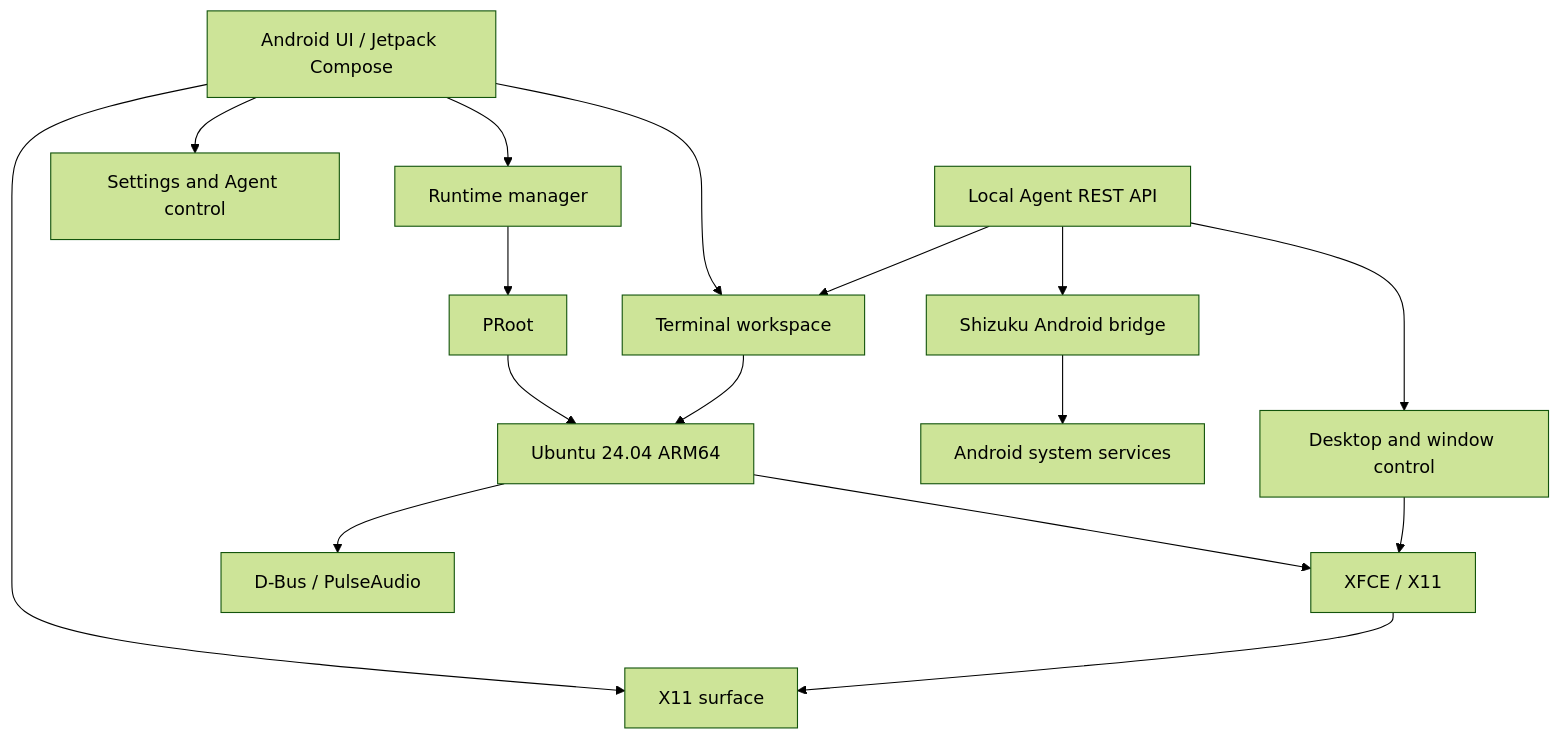
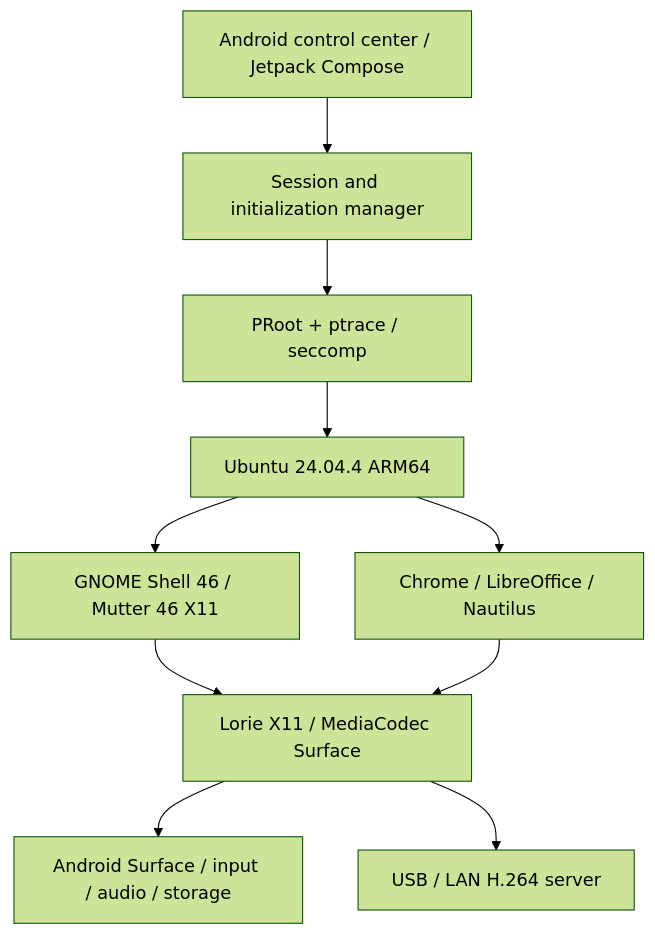
Before and after one commit to xishanp/Linuxhub: the second of 2 diagrams in ARCHITECTURE.md, drawn with Mermaid (forest theme). The commit also changed other lines of this file and 9 other files, not shown here.

````diff
--- a/ARCHITECTURE.md
+++ b/ARCHITECTURE.md
@@ -171,21 +175,22 @@
 ```mermaid
 flowchart TB
-    UI[Android UI / Jetpack Compose] --> Terminal[Terminal workspace]
-    UI --> Surface[X11 surface]
-    UI --> Runtime[Runtime manager]
-    UI --> Settings[Settings and Agent control]
+    UI[Android control center / Jetpack Compose]
+    Runtime[Session and initialization manager]
+    PRoot[PRoot + ptrace / seccomp]
+    Ubuntu[Ubuntu 24.04.4 ARM64]
+    GNOME[GNOME Shell 46 / Mutter 46 X11]
+    Apps[Chrome / LibreOffice / Nautilus]
+    Lorie[Lorie X11 / MediaCodec Surface]
+    Remote[USB / LAN H.264 server]
+    Android[Android Surface / input / audio / storage]
 
-    Runtime --> PRoot[PRoot]
-    PRoot --> Ubuntu[Ubuntu 24.04 ARM64]
-    Ubuntu --> XFCE[XFCE / X11]
-    Ubuntu --> Services[D-Bus / PulseAudio]
-
-    XFCE --> Surface
-    Terminal --> Ubuntu
-
-    Agent[Local Agent REST API] --> Terminal
-    Agent --> Desktop[Desktop and window control]
-    Agent --> AndroidBridge[Shizuku Android bridge]
-    Desktop --> XFCE
-    AndroidBridge --> Android[Android system services]
+    UI --> Runtime
+    Runtime --> PRoot
+    PRoot --> Ubuntu
+    Ubuntu --> GNOME
+    Ubuntu --> Apps
+    GNOME --> Lorie
+    Apps --> Lorie
+    Lorie --> Android
+    Lorie --> Remote
 ```
````
